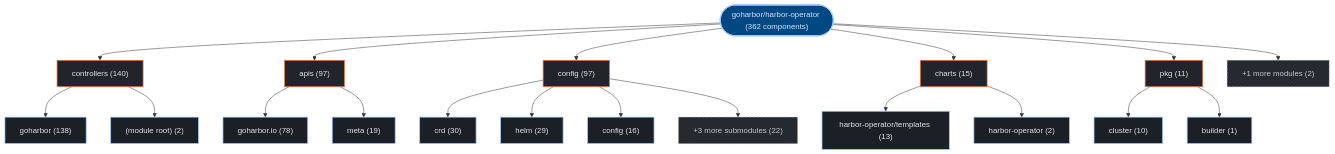
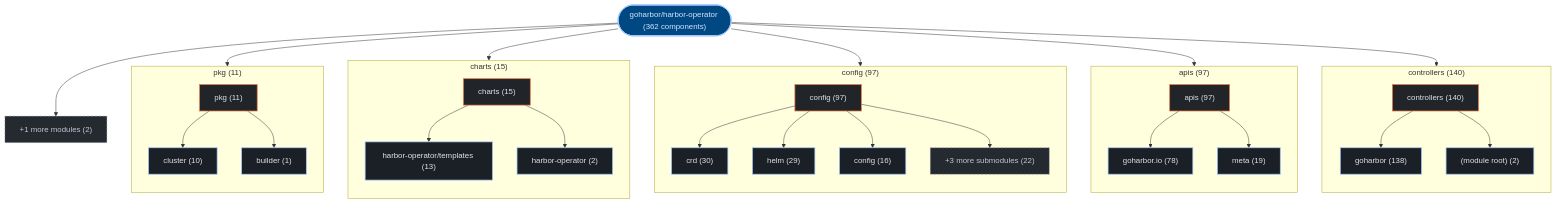
Before and after one commit to kumarshaz/atruss-code-atlas: the first of 3 diagrams in exports/latest/reports/goharbor-harbor-operator-report.md, drawn with Mermaid. The commit also changed 178 other files, not shown here.

Commit message:
feat(ui,mermaid): upgrade to mermaid v12 + ELK layout, add orgs-summary + pagination, subgraph building blocks, fix tab alignment

````diff
--- a/exports/latest/reports/goharbor-harbor-operator-report.md
+++ b/exports/latest/reports/goharbor-harbor-operator-report.md
@@ -42,47 +42,62 @@
 ```mermaid
 graph TD;
   classDef atlasRoot fill:#004882,stroke:#a3c9ff,stroke-width:2px,color:#d3e4ff
   classDef atlasCategory fill:#212428,stroke:#E87A48,stroke-width:1.5px,color:#dfe3eb
   classDef atlasWorkflow fill:#1b2026,stroke:#a3c9ff,stroke-width:1.5px,color:#dfe3eb
   classDef atlasJob fill:#171c22,stroke:#8d9199,stroke-width:1px,color:#dfe3eb
   classDef atlasTarget fill:#005227,stroke:#8bd99b,stroke-width:1.5px,color:#a7f6b6
   classDef atlasAlert fill:#93000a,stroke:#ffb4ab,stroke-width:1.5px,color:#ffdad6
   classDef atlasMore fill:#252a31,stroke:#8d9199,stroke-dasharray:4 4,color:#c3c6cf
     repo_root(["goharbor/harbor-operator (362 components)"]):::atlasRoot
-    dir_0_controllers["controllers (140)"]:::atlasCategory
+    subgraph sg_dir_0_controllers["controllers (140)"]
+      direction TB
+      dir_0_controllers["controllers (140)"]:::atlasCategory
+      sub_0_0_goharbor["goharbor (138)"]:::atlasWorkflow
+      dir_0_controllers --> sub_0_0_goharbor
+      sub_0_1__module_root_["(module root) (2)"]:::atlasWorkflow
+      dir_0_controllers --> sub_0_1__module_root_
+    end
     repo_root --> dir_0_controllers
-    sub_0_0_goharbor["goharbor (138)"]:::atlasWorkflow
-    dir_0_controllers --> sub_0_0_goharbor
-    sub_0_1__module_root_["(module root) (2)"]:::atlasWorkflow
-    dir_0_controllers --> sub_0_1__module_root_
-    dir_1_apis["apis (97)"]:::atlasCategory
+    subgraph sg_dir_1_apis["apis (97)"]
+      direction TB
+      dir_1_apis["apis (97)"]:::atlasCategory
+      sub_1_0_goharbor_io["goharbor.io (78)"]:::atlasWorkflow
+      dir_1_apis --> sub_1_0_goharbor_io
+      sub_1_1_meta["meta (19)"]:::atlasWorkflow
+      dir_1_apis --> sub_1_1_meta
+    end
     repo_root --> dir_1_apis
-    sub_1_0_goharbor_io["goharbor.io (78)"]:::atlasWorkflow
-    dir_1_apis --> sub_1_0_goharbor_io
-    sub_1_1_meta["meta (19)"]:::atlasWorkflow
-    dir_1_apis --> sub_1_1_meta
-    dir_2_config["config (97)"]:::atlasCategory
+    subgraph sg_dir_2_config["config (97)"]
+      direction TB
+      dir_2_config["config (97)"]:::atlasCategory
+      sub_2_0_crd["crd (30)"]:::atlasWorkflow
+      dir_2_config --> sub_2_0_crd
+      sub_2_1_helm["helm (29)"]:::atlasWorkflow
+      dir_2_config --> sub_2_1_helm
+      sub_2_2_config["config (16)"]:::atlasWorkflow
+      dir_2_config --> sub_2_2_config
+      sub_2_more["+3 more submodules (22)"]:::atlasMore
+      dir_2_config --> sub_2_more
+    end
     repo_root --> dir_2_config
-    sub_2_0_crd["crd (30)"]:::atlasWorkflow
-    dir_2_config --> sub_2_0_crd
-    sub_2_1_helm["helm (29)"]:::atlasWorkflow
-    dir_2_config --> sub_2_1_helm
-    sub_2_2_config["config (16)"]:::atlasWorkflow
-    dir_2_config --> sub_2_2_config
-    sub_2_more["+3 more submodules (22)"]:::atlasMore
-    dir_2_config --> sub_2_more
-    dir_3_charts["charts (15)"]:::atlasCategory
+    subgraph sg_dir_3_charts["charts (15)"]
+      direction TB
+      dir_3_charts["charts (15)"]:::atlasCategory
+      sub_3_0_harbor_operator_templates["harbor-operator/templates (13)"]:::atlasWorkflow
+      dir_3_charts --> sub_3_0_harbor_operator_templates
+      sub_3_1_harbor_operator["harbor-operator (2)"]:::atlasWorkflow
+      dir_3_charts --> sub_3_1_harbor_operator
+    end
     repo_root --> dir_3_charts
-    sub_3_0_harbor_operator_templates["harbor-operator/templates (13)"]:::atlasWorkflow
-    dir_3_charts --> sub_3_0_harbor_operator_templates
-    sub_3_1_harbor_operator["harbor-operator (2)"]:::atlasWorkflow
-    dir_3_charts --> sub_3_1_harbor_operator
-    dir_4_pkg["pkg (11)"]:::atlasCategory
+    subgraph sg_dir_4_pkg["pkg (11)"]
+      direction TB
+      dir_4_pkg["pkg (11)"]:::atlasCategory
+      sub_4_0_cluster["cluster (10)"]:::atlasWorkflow
+      dir_4_pkg --> sub_4_0_cluster
+      sub_4_1_builder["builder (1)"]:::atlasWorkflow
+      dir_4_pkg --> sub_4_1_builder
+    end
     repo_root --> dir_4_pkg
-    sub_4_0_cluster["cluster (10)"]:::atlasWorkflow
-    dir_4_pkg --> sub_4_0_cluster
-    sub_4_1_builder["builder (1)"]:::atlasWorkflow
-    dir_4_pkg --> sub_4_1_builder
     dir_other_modules["+1 more modules (2)"]:::atlasMore
     repo_root --> dir_other_modules
 ```
````
